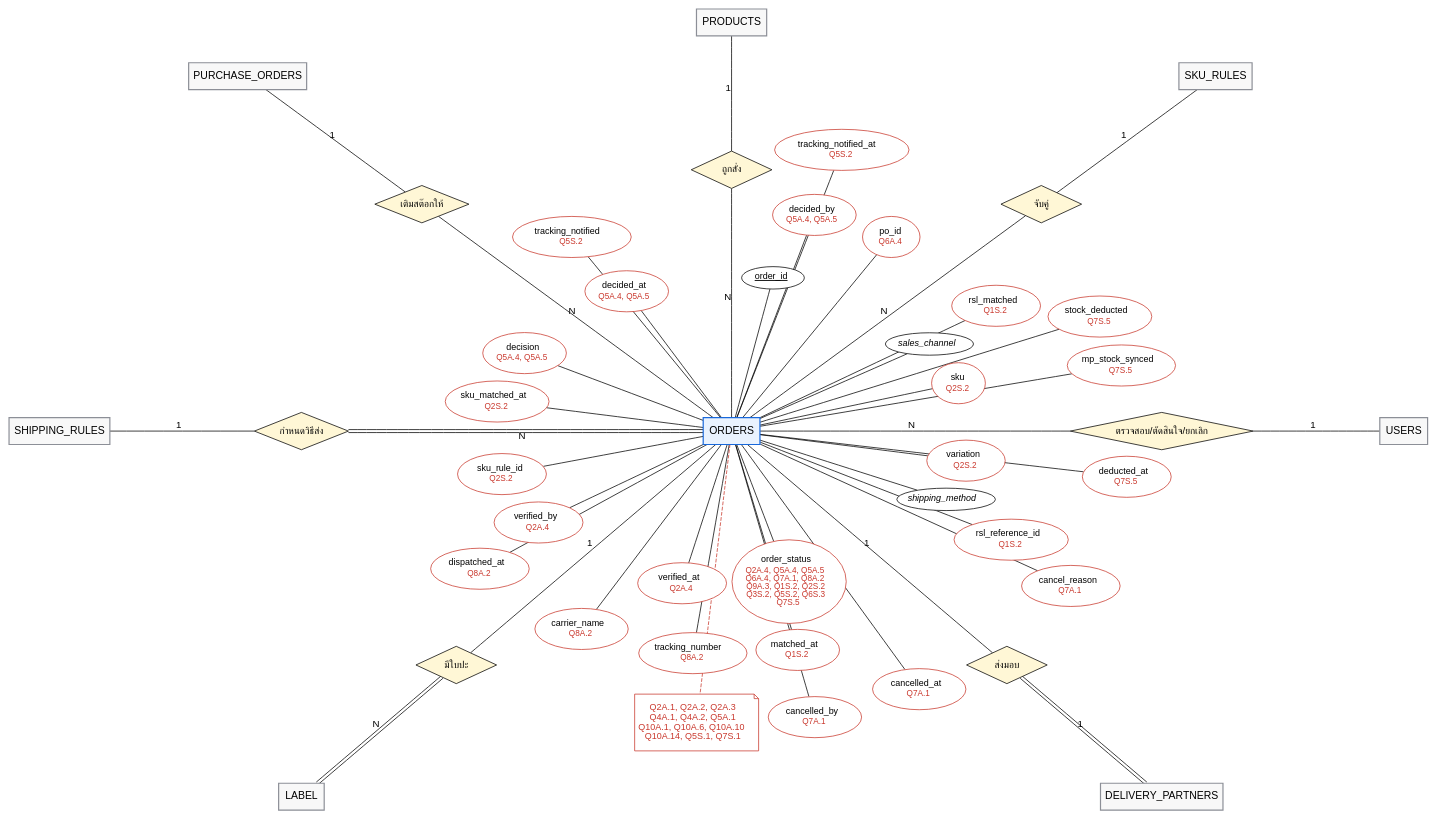
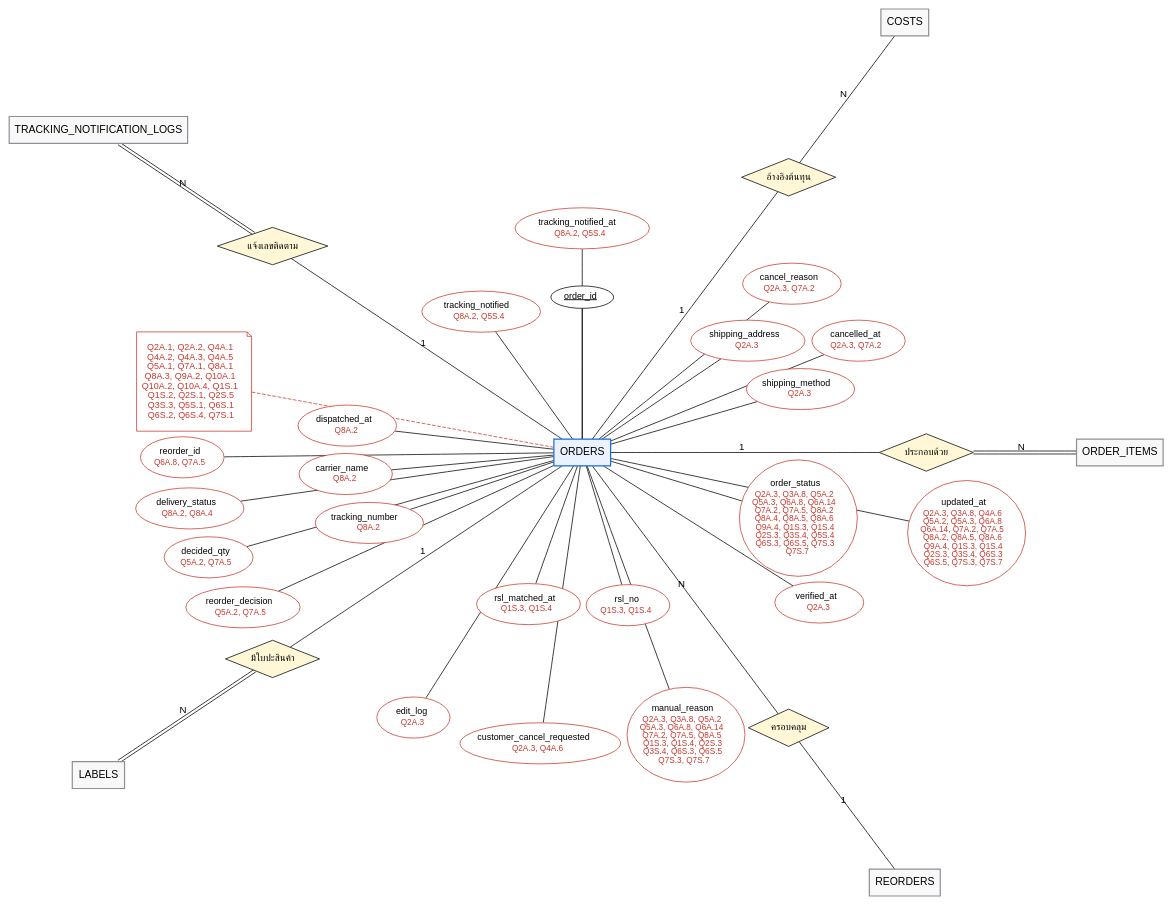
Before and after one commit to xbpkdi/321-sa-proj: the diagram in 04-chapter2-diagrams-database/diagrams/src/er-query-1.dot, drawn with Graphviz. The commit also changed 125 other files, not shown here.

Commit message:
docs: update er, class and state diagrams with sql data

```diff
--- a/04-chapter2-diagrams-database/diagrams/src/er-query-1.dot
+++ b/04-chapter2-diagrams-database/diagrams/src/er-query-1.dot
@@ -1,91 +1,71 @@
 graph ER {
   layout=neato; overlap=true; splines=line; outputorder=edgesfirst;
   node [fontname="Helvetica", fontsize=14]; edge [fontname="Helvetica", fontsize=13];
-  "rel0" [pos="0.00,4.86!", shape=diamond, style=filled, fillcolor="#fff7d6", label="ถูกสั่ง", fontsize=13, fixedsize=true, width=1.50, height=0.7];
-  "products" -- "rel0" [label="1"];
-  "rel0" -- "orders" [label="N"];
-  "rel1" [pos="5.76,4.22!", shape=diamond, style=filled, fillcolor="#fff7d6", label="จับคู่", fontsize=13, fixedsize=true, width=1.50, height=0.7];
-  "sku_rules" -- "rel1" [label="1"];
-  "rel1" -- "orders" [label="N"];
-  "rel2" [pos="-5.76,4.22!", shape=diamond, style=filled, fillcolor="#fff7d6", label="เติมสต๊อกให้", fontsize=13, fixedsize=true, width=1.75, height=0.7];
-  "purchase_orders" -- "rel2" [label="1"];
-  "rel2" -- "orders" [label="N"];
-  "rel3" [pos="-8.00,0.00!", shape=diamond, style=filled, fillcolor="#fff7d6", label="กำหนดวิธีส่ง", fontsize=13, fixedsize=true, width=1.75, height=0.7];
-  "shipping_rules" -- "rel3" [label="1"];
-  "rel3" -- "orders" [label="N", color="black:invis:black"];
-  "rel4" [pos="8.00,0.00!", shape=diamond, style=filled, fillcolor="#fff7d6", label="ตรวจสอบ/ตัดสินใจ/ยกเลิก", fontsize=13, fixedsize=true, width=3.40, height=0.7];
-  "users" -- "rel4" [label="1"];
-  "rel4" -- "orders" [label="N"];
-  "rel5" [pos="-5.12,-4.35!", shape=diamond, style=filled, fillcolor="#fff7d6", label="มีใบปะ", fontsize=13, fixedsize=true, width=1.50, height=0.7];
-  "orders" -- "rel5" [label="1"];
-  "rel5" -- "label" [label="N", color="black:invis:black"];
-  "rel6" [pos="5.12,-4.35!", shape=diamond, style=filled, fillcolor="#fff7d6", label="ส่งมอบ", fontsize=13, fixedsize=true, width=1.50, height=0.7];
-  "orders" -- "rel6" [label="1"];
-  "rel6" -- "delivery_partners" [label="1", color="black:invis:black"];
-  "users" [pos="12.50,0.00!", shape=box, style="filled", fillcolor="#f8f8f8", color="#8c8f97", penwidth=1.6, label="USERS"];
-  "products" [pos="0.00,7.60!", shape=box, style="filled", fillcolor="#f8f8f8", color="#8c8f97", penwidth=1.6, label="PRODUCTS"];
-  "sku_rules" [pos="9.00,6.60!", shape=box, style="filled", fillcolor="#f8f8f8", color="#8c8f97", penwidth=1.6, label="SKU_RULES"];
-  "purchase_orders" [pos="-9.00,6.60!", shape=box, style="filled", fillcolor="#f8f8f8", color="#8c8f97", penwidth=1.6, label="PURCHASE_ORDERS"];
-  "shipping_rules" [pos="-12.50,0.00!", shape=box, style="filled", fillcolor="#f8f8f8", color="#8c8f97", penwidth=1.6, label="SHIPPING_RULES"];
+  "rel0" [pos="6.40,0.00!", shape=diamond, style=filled, fillcolor="#fff7d6", label="ประกอบด้วย", fontsize=13, fixedsize=true, width=1.75, height=0.7];
+  "orders" -- "rel0" [label="1"];
+  "rel0" -- "order_items" [label="N", color="black:invis:black"];
+  "rel1" [pos="-5.76,-3.84!", shape=diamond, style=filled, fillcolor="#fff7d6", label="มีใบปะสินค้า", fontsize=13, fixedsize=true, width=1.75, height=0.7];
+  "orders" -- "rel1" [label="1"];
+  "rel1" -- "labels" [label="N", color="black:invis:black"];
+  "rel2" [pos="3.84,5.12!", shape=diamond, style=filled, fillcolor="#fff7d6", label="อ้างอิงต้นทุน", fontsize=13, fixedsize=true, width=1.75, height=0.7];
+  "orders" -- "rel2" [label="1"];
+  "rel2" -- "costs" [label="N"];
+  "rel3" [pos="3.84,-5.12!", shape=diamond, style=filled, fillcolor="#fff7d6", label="ครอบคลุม", fontsize=13, fixedsize=true, width=1.50, height=0.7];
+  "reorders" -- "rel3" [label="1"];
+  "rel3" -- "orders" [label="N"];
+  "rel4" [pos="-5.76,3.84!", shape=diamond, style=filled, fillcolor="#fff7d6", label="แจ้งเลขติดตาม", fontsize=13, fixedsize=true, width=2.05, height=0.7];
+  "orders" -- "rel4" [label="1"];
+  "rel4" -- "tracking_notification_logs" [label="N", color="black:invis:black"];
   "orders" [pos="0.00,0.00!", shape=box, style="filled", fillcolor="#e9f2fe", color="#1868db", penwidth=1.6, label="ORDERS"];
-  "orders.order_id" [pos="0.77,2.85!", shape=ellipse, style=filled, fillcolor=white, label=<<u>order_id</u>>, fontsize=12, fixedsize=true, width=1.16, height=0.42];
+  "orders.order_id" [pos="0.00,2.89!", shape=ellipse, style=filled, fillcolor=white, label=<<u>order_id</u>>, fontsize=12, fixedsize=true, width=1.16, height=0.42];
   "orders" -- "orders.order_id";
-  "orders.sales_channel" [pos="3.68,1.62!", shape=ellipse, style=filled, fillcolor=white, label=<<i>sales_channel</i>>, fontsize=12, fixedsize=true, width=1.64, height=0.42];
-  "orders" -- "orders.sales_channel";
-  "orders.sku" [pos="4.22,0.89!", shape=ellipse, style=filled, fillcolor=white, label=<sku<br/><font point-size="3"> </font><br/><font color="#c9372c" point-size="11">Q2S.2</font>>, fontsize=12, fixedsize=true, width=1.00, height=0.76, color="#c9372c"];
-  "orders" -- "orders.sku";
-  "orders.variation" [pos="4.36,-0.55!", shape=ellipse, style=filled, fillcolor=white, label=<variation<br/><font point-size="3"> </font><br/><font color="#c9372c" point-size="11">Q2S.2</font>>, fontsize=12, fixedsize=true, width=1.46, height=0.76, color="#c9372c"];
-  "orders" -- "orders.variation";
-  "orders.shipping_method" [pos="3.99,-1.27!", shape=ellipse, style=filled, fillcolor=white, label=<<i>shipping_method</i>>, fontsize=12, fixedsize=true, width=1.83, height=0.42];
+  "orders.shipping_address" [pos="3.08,2.08!", shape=ellipse, style=filled, fillcolor=white, label=<shipping_address<br/><font point-size="3"> </font><br/><font color="#c9372c" point-size="11">Q2A.3</font>>, fontsize=12, fixedsize=true, width=2.12, height=0.76, color="#c9372c"];
+  "orders" -- "orders.shipping_address";
+  "orders.shipping_method" [pos="4.06,1.18!", shape=ellipse, style=filled, fillcolor=white, label=<shipping_method<br/><font point-size="3"> </font><br/><font color="#c9372c" point-size="11">Q2A.3</font>>, fontsize=12, fixedsize=true, width=2.02, height=0.76, color="#c9372c"];
   "orders" -- "orders.shipping_method";
-  "orders.order_status" [pos="1.07,-2.80!", shape=ellipse, style=filled, fillcolor=white, label=<order_status<br/><font point-size="3"> </font><br/><font color="#c9372c" point-size="11">Q2A.4, Q5A.4, Q5A.5<br/>Q6A.4, Q7A.1, Q8A.2<br/>Q9A.3, Q1S.2, Q2S.2<br/>Q3S.2, Q5S.2, Q6S.3<br/>Q7S.5</font>>, fontsize=12, fixedsize=true, width=2.12, height=1.56, color="#c9372c"];
+  "orders.order_status" [pos="4.02,-1.22!", shape=ellipse, style=filled, fillcolor=white, label=<order_status<br/><font point-size="3"> </font><br/><font color="#c9372c" point-size="11">Q2A.3, Q3A.8, Q5A.2<br/>Q5A.3, Q6A.8, Q6A.14<br/>Q7A.2, Q7A.5, Q8A.2<br/>Q8A.4, Q8A.5, Q8A.6<br/>Q9A.4, Q1S.3, Q1S.4<br/>Q2S.3, Q3S.4, Q5S.4<br/>Q6S.3, Q6S.5, Q7S.3<br/>Q7S.7</font>>, fontsize=12, fixedsize=true, width=2.20, height=2.16, color="#c9372c"];
   "orders" -- "orders.order_status";
-  "orders.verified_at" [pos="-0.92,-2.83!", shape=ellipse, style=filled, fillcolor=white, label=<verified_at<br/><font point-size="3"> </font><br/><font color="#c9372c" point-size="11">Q2A.4</font>>, fontsize=12, fixedsize=true, width=1.65, height=0.76, color="#c9372c"];
+  "orders.rsl_no" [pos="0.85,-2.84!", shape=ellipse, style=filled, fillcolor=white, label=<rsl_no<br/><font point-size="3"> </font><br/><font color="#c9372c" point-size="11">Q1S.3, Q1S.4</font>>, fontsize=12, fixedsize=true, width=1.56, height=0.76, color="#c9372c"];
+  "orders" -- "orders.rsl_no";
+  "orders.rsl_matched_at" [pos="-1.00,-2.82!", shape=ellipse, style=filled, fillcolor=white, label=<rsl_matched_at<br/><font point-size="3"> </font><br/><font color="#c9372c" point-size="11">Q1S.3, Q1S.4</font>>, fontsize=12, fixedsize=true, width=1.93, height=0.76, color="#c9372c"];
+  "orders" -- "orders.rsl_matched_at";
+  "orders.tracking_number" [pos="-3.96,-1.31!", shape=ellipse, style=filled, fillcolor=white, label=<tracking_number<br/><font point-size="3"> </font><br/><font color="#c9372c" point-size="11">Q8A.2</font>>, fontsize=12, fixedsize=true, width=2.02, height=0.76, color="#c9372c"];
+  "orders" -- "orders.tracking_number";
+  "orders.carrier_name" [pos="-4.40,-0.40!", shape=ellipse, style=filled, fillcolor=white, label=<carrier_name<br/><font point-size="3"> </font><br/><font color="#c9372c" point-size="11">Q8A.2</font>>, fontsize=12, fixedsize=true, width=1.74, height=0.76, color="#c9372c"];
+  "orders" -- "orders.carrier_name";
+  "orders.dispatched_at" [pos="-4.37,0.50!", shape=ellipse, style=filled, fillcolor=white, label=<dispatched_at<br/><font point-size="3"> </font><br/><font color="#c9372c" point-size="11">Q8A.2</font>>, fontsize=12, fixedsize=true, width=1.83, height=0.76, color="#c9372c"];
+  "orders" -- "orders.dispatched_at";
+  "orders.tracking_notified" [pos="-1.88,2.62!", shape=ellipse, style=filled, fillcolor=white, label=<tracking_notified<br/><font point-size="3"> </font><br/><font color="#c9372c" point-size="11">Q8A.2, Q5S.4</font>>, fontsize=12, fixedsize=true, width=2.21, height=0.76, color="#c9372c"];
+  "orders" -- "orders.tracking_notified";
+  "orders.tracking_notified_at" [pos="0.00,4.17!", shape=ellipse, style=filled, fillcolor=white, label=<tracking_notified_at<br/><font point-size="3"> </font><br/><font color="#c9372c" point-size="11">Q8A.2, Q5S.4</font>>, fontsize=12, fixedsize=true, width=2.50, height=0.76, color="#c9372c"];
+  "orders" -- "orders.tracking_notified_at";
+  "orders.cancel_reason" [pos="3.90,3.14!", shape=ellipse, style=filled, fillcolor=white, label=<cancel_reason<br/><font point-size="3"> </font><br/><font color="#c9372c" point-size="11">Q2A.3, Q7A.2</font>>, fontsize=12, fixedsize=true, width=1.83, height=0.76, color="#c9372c"];
+  "orders" -- "orders.cancel_reason";
+  "orders.cancelled_at" [pos="5.14,2.08!", shape=ellipse, style=filled, fillcolor=white, label=<cancelled_at<br/><font point-size="3"> </font><br/><font color="#c9372c" point-size="11">Q2A.3, Q7A.2</font>>, fontsize=12, fixedsize=true, width=1.74, height=0.76, color="#c9372c"];
+  "orders" -- "orders.cancelled_at";
+  "orders.verified_at" [pos="4.41,-2.79!", shape=ellipse, style=filled, fillcolor=white, label=<verified_at<br/><font point-size="3"> </font><br/><font color="#c9372c" point-size="11">Q2A.3</font>>, fontsize=12, fixedsize=true, width=1.65, height=0.76, color="#c9372c"];
   "orders" -- "orders.verified_at";
-  "orders.verified_by" [pos="-3.59,-1.70!", shape=ellipse, style=filled, fillcolor=white, label=<verified_by<br/><font point-size="3"> </font><br/><font color="#c9372c" point-size="11">Q2A.4</font>>, fontsize=12, fixedsize=true, width=1.65, height=0.76, color="#c9372c"];
-  "orders" -- "orders.verified_by";
-  "orders.sku_rule_id" [pos="-4.27,-0.80!", shape=ellipse, style=filled, fillcolor=white, label=<sku_rule_id<br/><font point-size="3"> </font><br/><font color="#c9372c" point-size="11">Q2S.2</font>>, fontsize=12, fixedsize=true, width=1.65, height=0.76, color="#c9372c"];
-  "orders" -- "orders.sku_rule_id";
-  "orders.sku_matched_at" [pos="-4.36,0.55!", shape=ellipse, style=filled, fillcolor=white, label=<sku_matched_at<br/><font point-size="3"> </font><br/><font color="#c9372c" point-size="11">Q2S.2</font>>, fontsize=12, fixedsize=true, width=1.93, height=0.76, color="#c9372c"];
-  "orders" -- "orders.sku_matched_at";
-  "orders.decision" [pos="-3.85,1.45!", shape=ellipse, style=filled, fillcolor=white, label=<decision<br/><font point-size="3"> </font><br/><font color="#c9372c" point-size="11">Q5A.4, Q5A.5</font>>, fontsize=12, fixedsize=true, width=1.56, height=0.76, color="#c9372c"];
-  "orders" -- "orders.decision";
-  "orders.decided_at" [pos="-1.95,2.60!", shape=ellipse, style=filled, fillcolor=white, label=<decided_at<br/><font point-size="3"> </font><br/><font color="#c9372c" point-size="11">Q5A.4, Q5A.5</font>>, fontsize=12, fixedsize=true, width=1.56, height=0.76, color="#c9372c"];
-  "orders" -- "orders.decided_at";
-  "orders.decided_by" [pos="1.54,4.02!", shape=ellipse, style=filled, fillcolor=white, label=<decided_by<br/><font point-size="3"> </font><br/><font color="#c9372c" point-size="11">Q5A.4, Q5A.5</font>>, fontsize=12, fixedsize=true, width=1.56, height=0.76, color="#c9372c"];
-  "orders" -- "orders.decided_by";
-  "orders.po_id" [pos="2.97,3.61!", shape=ellipse, style=filled, fillcolor=white, label=<po_id<br/><font point-size="3"> </font><br/><font color="#c9372c" point-size="11">Q6A.4</font>>, fontsize=12, fixedsize=true, width=1.07, height=0.76, color="#c9372c"];
-  "orders" -- "orders.po_id";
-  "orders.rsl_matched" [pos="4.92,2.33!", shape=ellipse, style=filled, fillcolor=white, label=<rsl_matched<br/><font point-size="3"> </font><br/><font color="#c9372c" point-size="11">Q1S.2</font>>, fontsize=12, fixedsize=true, width=1.65, height=0.76, color="#c9372c"];
-  "orders" -- "orders.rsl_matched";
-  "orders.rsl_reference_id" [pos="5.20,-2.02!", shape=ellipse, style=filled, fillcolor=white, label=<rsl_reference_id<br/><font point-size="3"> </font><br/><font color="#c9372c" point-size="11">Q1S.2</font>>, fontsize=12, fixedsize=true, width=2.12, height=0.76, color="#c9372c"];
-  "orders" -- "orders.rsl_reference_id";
-  "orders.matched_at" [pos="1.23,-4.07!", shape=ellipse, style=filled, fillcolor=white, label=<matched_at<br/><font point-size="3"> </font><br/><font color="#c9372c" point-size="11">Q1S.2</font>>, fontsize=12, fixedsize=true, width=1.55, height=0.76, color="#c9372c"];
-  "orders" -- "orders.matched_at";
-  "orders.tracking_number" [pos="-0.72,-4.13!", shape=ellipse, style=filled, fillcolor=white, label=<tracking_number<br/><font point-size="3"> </font><br/><font color="#c9372c" point-size="11">Q8A.2</font>>, fontsize=12, fixedsize=true, width=2.02, height=0.76, color="#c9372c"];
-  "orders" -- "orders.tracking_number";
-  "orders.carrier_name" [pos="-2.79,-3.68!", shape=ellipse, style=filled, fillcolor=white, label=<carrier_name<br/><font point-size="3"> </font><br/><font color="#c9372c" point-size="11">Q8A.2</font>>, fontsize=12, fixedsize=true, width=1.74, height=0.76, color="#c9372c"];
-  "orders" -- "orders.carrier_name";
-  "orders.dispatched_at" [pos="-4.68,-2.56!", shape=ellipse, style=filled, fillcolor=white, label=<dispatched_at<br/><font point-size="3"> </font><br/><font color="#c9372c" point-size="11">Q8A.2</font>>, fontsize=12, fixedsize=true, width=1.83, height=0.76, color="#c9372c"];
-  "orders" -- "orders.dispatched_at";
-  "orders.tracking_notified" [pos="-2.97,3.61!", shape=ellipse, style=filled, fillcolor=white, label=<tracking_notified<br/><font point-size="3"> </font><br/><font color="#c9372c" point-size="11">Q5S.2</font>>, fontsize=12, fixedsize=true, width=2.21, height=0.76, color="#c9372c"];
-  "orders" -- "orders.tracking_notified";
-  "orders.tracking_notified_at" [pos="2.05,5.23!", shape=ellipse, style=filled, fillcolor=white, label=<tracking_notified_at<br/><font point-size="3"> </font><br/><font color="#c9372c" point-size="11">Q5S.2</font>>, fontsize=12, fixedsize=true, width=2.50, height=0.76, color="#c9372c"];
-  "orders" -- "orders.tracking_notified_at";
-  "orders.stock_deducted" [pos="6.85,2.13!", shape=ellipse, style=filled, fillcolor=white, label=<stock_deducted<br/><font point-size="3"> </font><br/><font color="#c9372c" point-size="11">Q7S.5</font>>, fontsize=12, fixedsize=true, width=1.93, height=0.76, color="#c9372c"];
-  "orders" -- "orders.stock_deducted";
-  "orders.mp_stock_synced" [pos="7.25,1.22!", shape=ellipse, style=filled, fillcolor=white, label=<mp_stock_synced<br/><font point-size="3"> </font><br/><font color="#c9372c" point-size="11">Q7S.5</font>>, fontsize=12, fixedsize=true, width=2.02, height=0.76, color="#c9372c"];
-  "orders" -- "orders.mp_stock_synced";
-  "orders.deducted_at" [pos="7.35,-0.85!", shape=ellipse, style=filled, fillcolor=white, label=<deducted_at<br/><font point-size="3"> </font><br/><font color="#c9372c" point-size="11">Q7S.5</font>>, fontsize=12, fixedsize=true, width=1.65, height=0.76, color="#c9372c"];
-  "orders" -- "orders.deducted_at";
-  "orders.cancel_reason" [pos="6.31,-2.88!", shape=ellipse, style=filled, fillcolor=white, label=<cancel_reason<br/><font point-size="3"> </font><br/><font color="#c9372c" point-size="11">Q7A.1</font>>, fontsize=12, fixedsize=true, width=1.83, height=0.76, color="#c9372c"];
-  "orders" -- "orders.cancel_reason";
-  "orders.cancelled_at" [pos="3.49,-4.80!", shape=ellipse, style=filled, fillcolor=white, label=<cancelled_at<br/><font point-size="3"> </font><br/><font color="#c9372c" point-size="11">Q7A.1</font>>, fontsize=12, fixedsize=true, width=1.74, height=0.76, color="#c9372c"];
-  "orders" -- "orders.cancelled_at";
-  "orders.cancelled_by" [pos="1.55,-5.32!", shape=ellipse, style=filled, fillcolor=white, label=<cancelled_by<br/><font point-size="3"> </font><br/><font color="#c9372c" point-size="11">Q7A.1</font>>, fontsize=12, fixedsize=true, width=1.74, height=0.76, color="#c9372c"];
-  "orders" -- "orders.cancelled_by";
-  "orders.__q" [pos="-0.65,-5.42!", shape=note, color="#c9372c", fontcolor="#c9372c", fontsize=12, fixedsize=true, width=2.31, height=1.05, style=filled, fillcolor=white, label=<Q2A.1, Q2A.2, Q2A.3<br/>Q4A.1, Q4A.2, Q5A.1<br/>Q10A.1, Q10A.6, Q10A.10<br/>Q10A.14, Q5S.1, Q7S.1>];
+  "orders.updated_at" [pos="7.15,-1.50!", shape=ellipse, style=filled, fillcolor=white, label=<updated_at<br/><font point-size="3"> </font><br/><font color="#c9372c" point-size="11">Q2A.3, Q3A.8, Q4A.6<br/>Q5A.2, Q5A.3, Q6A.8<br/>Q6A.14, Q7A.2, Q7A.5<br/>Q8A.2, Q8A.5, Q8A.6<br/>Q9A.4, Q1S.3, Q1S.4<br/>Q2S.3, Q3S.4, Q6S.3<br/>Q6S.5, Q7S.3, Q7S.7</font>>, fontsize=12, fixedsize=true, width=2.20, height=1.96, color="#c9372c"];
+  "orders" -- "orders.updated_at";
+  "orders.manual_reason" [pos="1.93,-5.25!", shape=ellipse, style=filled, fillcolor=white, label=<manual_reason<br/><font point-size="3"> </font><br/><font color="#c9372c" point-size="11">Q2A.3, Q3A.8, Q5A.2<br/>Q5A.3, Q6A.8, Q6A.14<br/>Q7A.2, Q7A.5, Q8A.5<br/>Q1S.3, Q1S.4, Q2S.3<br/>Q3S.4, Q6S.3, Q6S.5<br/>Q7S.3, Q7S.7</font>>, fontsize=12, fixedsize=true, width=2.20, height=1.76, color="#c9372c"];
+  "orders" -- "orders.manual_reason";
+  "orders.customer_cancel_requested" [pos="-0.78,-5.41!", shape=ellipse, style=filled, fillcolor=white, label=<customer_cancel_requested<br/><font point-size="3"> </font><br/><font color="#c9372c" point-size="11">Q2A.3, Q4A.6</font>>, fontsize=12, fixedsize=true, width=2.98, height=0.76, color="#c9372c"];
+  "orders" -- "orders.customer_cancel_requested";
+  "orders.edit_log" [pos="-3.14,-4.93!", shape=ellipse, style=filled, fillcolor=white, label=<edit_log<br/><font point-size="3"> </font><br/><font color="#c9372c" point-size="11">Q2A.3</font>>, fontsize=12, fixedsize=true, width=1.36, height=0.76, color="#c9372c"];
+  "orders" -- "orders.edit_log";
+  "orders.reorder_decision" [pos="-6.31,-2.88!", shape=ellipse, style=filled, fillcolor=white, label=<reorder_decision<br/><font point-size="3"> </font><br/><font color="#c9372c" point-size="11">Q5A.2, Q7A.5</font>>, fontsize=12, fixedsize=true, width=2.12, height=0.76, color="#c9372c"];
+  "orders" -- "orders.reorder_decision";
+  "orders.decided_qty" [pos="-6.95,-1.95!", shape=ellipse, style=filled, fillcolor=white, label=<decided_qty<br/><font point-size="3"> </font><br/><font color="#c9372c" point-size="11">Q5A.2, Q7A.5</font>>, fontsize=12, fixedsize=true, width=1.65, height=0.76, color="#c9372c"];
+  "orders" -- "orders.decided_qty";
+  "orders.delivery_status" [pos="-7.30,-1.04!", shape=ellipse, style=filled, fillcolor=white, label=<delivery_status<br/><font point-size="3"> </font><br/><font color="#c9372c" point-size="11">Q8A.2, Q8A.4</font>>, fontsize=12, fixedsize=true, width=2.02, height=0.76, color="#c9372c"];
+  "orders" -- "orders.delivery_status";
+  "orders.reorder_id" [pos="-7.44,-0.09!", shape=ellipse, style=filled, fillcolor=white, label=<reorder_id<br/><font point-size="3"> </font><br/><font color="#c9372c" point-size="11">Q6A.8, Q7A.5</font>>, fontsize=12, fixedsize=true, width=1.56, height=0.76, color="#c9372c"];
+  "orders" -- "orders.reorder_id";
+  "orders.__q" [pos="-7.22,1.32!", shape=note, color="#c9372c", fontcolor="#c9372c", fontsize=12, fixedsize=true, width=2.14, height=1.85, style=filled, fillcolor=white, label=<Q2A.1, Q2A.2, Q4A.1<br/>Q4A.2, Q4A.3, Q4A.5<br/>Q5A.1, Q7A.1, Q8A.1<br/>Q8A.3, Q9A.2, Q10A.1<br/>Q10A.2, Q10A.4, Q1S.1<br/>Q1S.2, Q2S.1, Q2S.5<br/>Q3S.3, Q5S.1, Q6S.1<br/>Q6S.2, Q6S.4, Q7S.1>];
   "orders" -- "orders.__q" [style=dashed, color="#c9372c"];
-  "label" [pos="-8.00,-6.80!", shape=box, style="filled", fillcolor="#f8f8f8", color="#8c8f97", penwidth=1.6, label="LABEL"];
-  "delivery_partners" [pos="8.00,-6.80!", shape=box, style="filled", fillcolor="#f8f8f8", color="#8c8f97", penwidth=1.6, label="DELIVERY_PARTNERS"];
+  "order_items" [pos="10.00,0.00!", shape=box, style="filled", fillcolor="#f8f8f8", color="#8c8f97", penwidth=1.6, label="ORDER_ITEMS"];
+  "costs" [pos="6.00,8.00!", shape=box, style="filled", fillcolor="#f8f8f8", color="#8c8f97", penwidth=1.6, label="COSTS"];
+  "reorders" [pos="6.00,-8.00!", shape=box, style="filled", fillcolor="#f8f8f8", color="#8c8f97", penwidth=1.6, label="REORDERS"];
+  "labels" [pos="-9.00,-6.00!", shape=box, style="filled", fillcolor="#f8f8f8", color="#8c8f97", penwidth=1.6, label="LABELS"];
+  "tracking_notification_logs" [pos="-9.00,6.00!", shape=box, style="filled", fillcolor="#f8f8f8", color="#8c8f97", penwidth=1.6, label="TRACKING_NOTIFICATION_LOGS"];
 }
```
